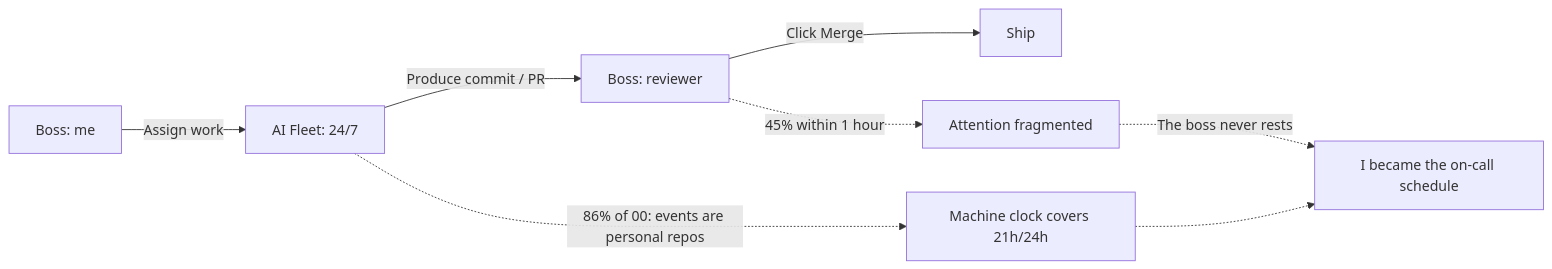
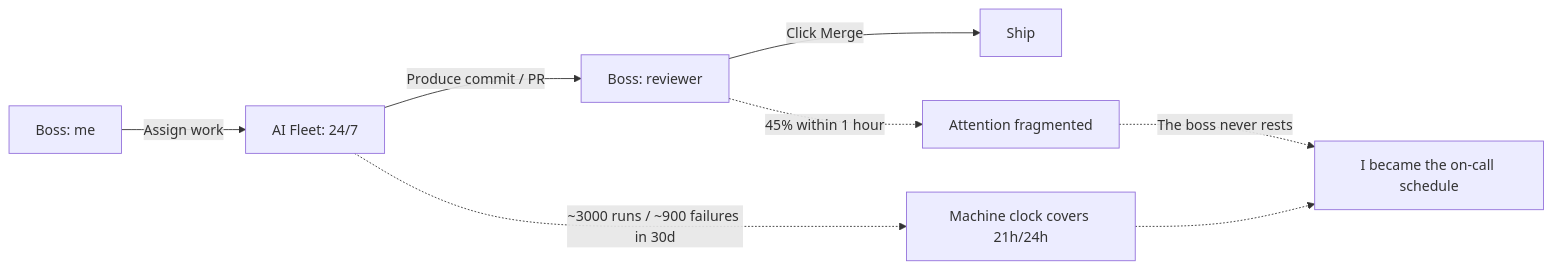
The seventh of 7 diagrams in blog_en/source/_posts/我给AI排了24小时班-把自己排成了值班表.md (SilenWang/silen_blog), drawn with Mermaid before and after one commit. The commit also changed other lines of this file and 1 other file, not shown here.

````diff
--- a/blog_en/source/_posts/我给AI排了24小时班-把自己排成了值班表.md
+++ b/blog_en/source/_posts/我给AI排了24小时班-把自己排成了值班表.md
@@ -164,10 +256,10 @@
 ```mermaid
 flowchart LR
     A["Boss: me"]-->|Assign work| B["AI Fleet: 24/7"]
     B-->|"Produce commit / PR"| C["Boss: reviewer"]
     C-->|"Click Merge"| D["Ship"]
     C-.->|"45% within 1 hour"| E["Attention fragmented"]
-    B-.->|"86% of 00: events are personal repos"| F["Machine clock covers 21h/24h"]
+    B-.->|"~3000 runs / ~900 failures in 30d"| F["Machine clock covers 21h/24h"]
     E -.->|"The boss never rests"| G["I became the on-call schedule"]
     F -.-> G
 ```
````
